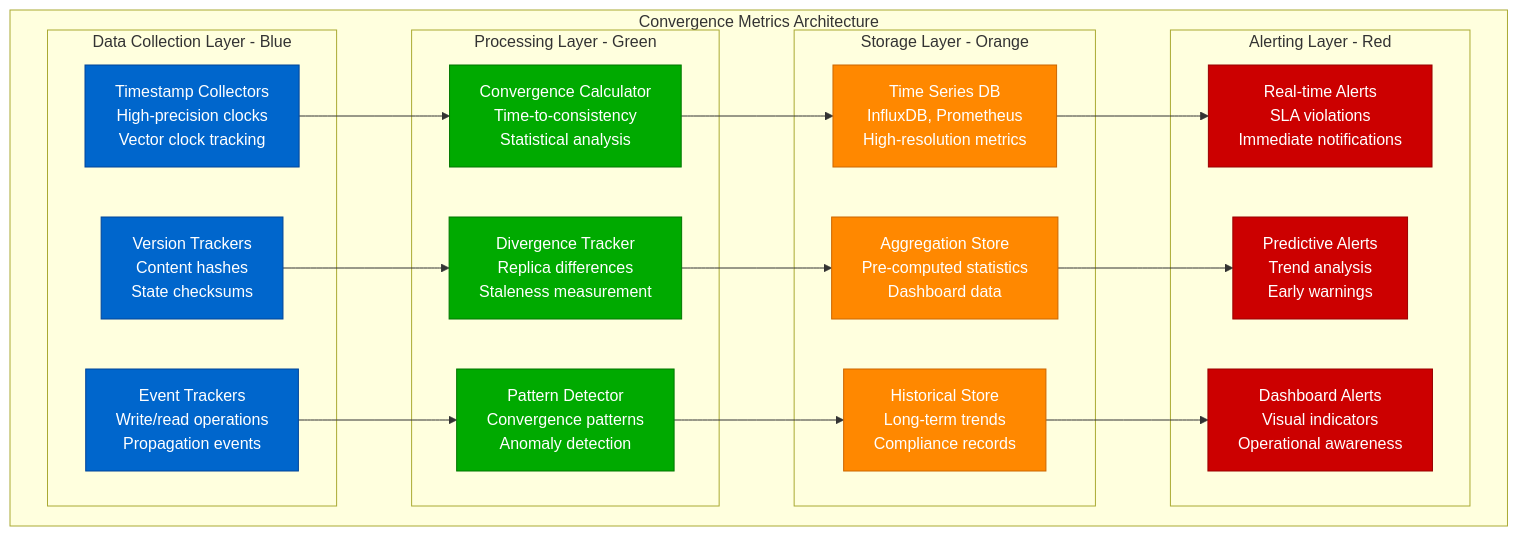
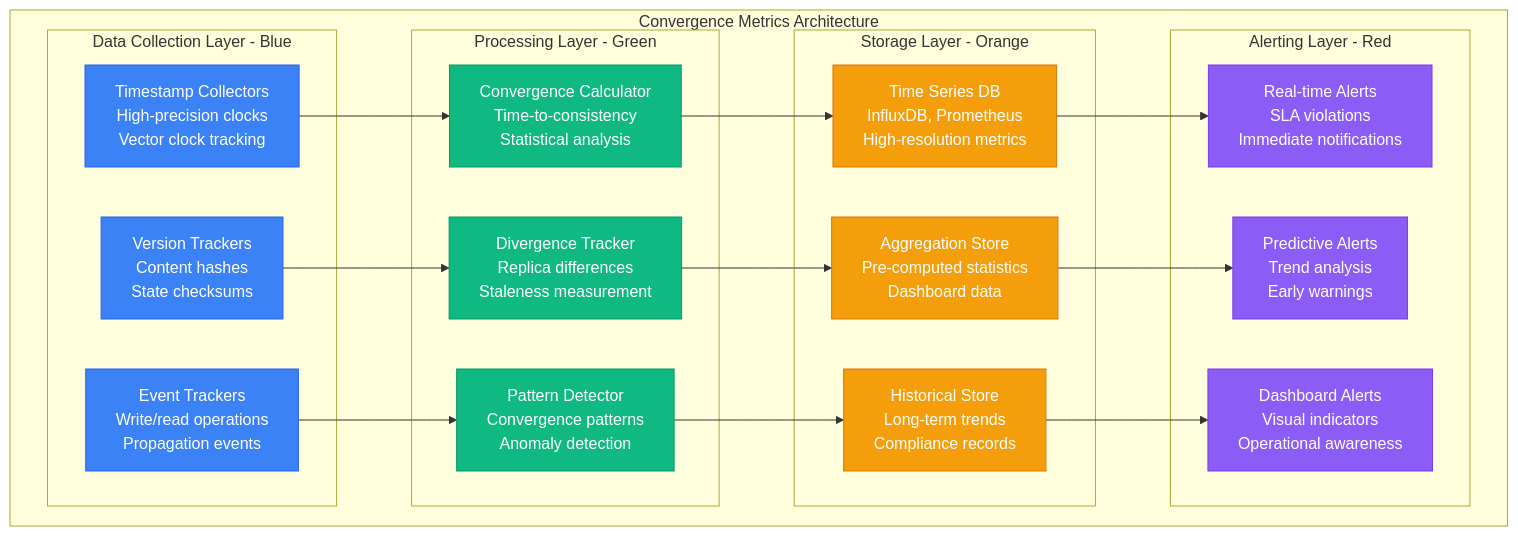
One commit to deepaucksharma/DS changed the first of 8 diagrams in site/docs/guarantees/eventual-consistency/eventual-consistency-metrics.md. Above: the diagram before and after it, drawn with Mermaid. The commit also changed other lines of this file and 303 other files, not shown here.

````diff
--- a/site/docs/guarantees/eventual-consistency/eventual-consistency-metrics.md
+++ b/site/docs/guarantees/eventual-consistency/eventual-consistency-metrics.md
@@ -9,52 +9,52 @@
 ```mermaid
 graph TB
     subgraph MetricsArchitecture[Convergence Metrics Architecture]
         subgraph DataCollection[Data Collection Layer - Blue]
             TC[Timestamp Collectors<br/>High-precision clocks<br/>Vector clock tracking]
             VT[Version Trackers<br/>Content hashes<br/>State checksums]
             ET[Event Trackers<br/>Write/read operations<br/>Propagation events]
         end
 
         subgraph Processing[Processing Layer - Green]
             CT[Convergence Calculator<br/>Time-to-consistency<br/>Statistical analysis]
             DT[Divergence Tracker<br/>Replica differences<br/>Staleness measurement]
             PT[Pattern Detector<br/>Convergence patterns<br/>Anomaly detection]
         end
 
         subgraph Storage[Storage Layer - Orange]
             TS[Time Series DB<br/>InfluxDB, Prometheus<br/>High-resolution metrics]
             AS[Aggregation Store<br/>Pre-computed statistics<br/>Dashboard data]
             HS[Historical Store<br/>Long-term trends<br/>Compliance records]
         end
 
         subgraph Alerting[Alerting Layer - Red]
             RT[Real-time Alerts<br/>SLA violations<br/>Immediate notifications]
             PA[Predictive Alerts<br/>Trend analysis<br/>Early warnings]
             DA[Dashboard Alerts<br/>Visual indicators<br/>Operational awareness]
         end
     end
 
     %% Flow connections
     TC --> CT
     VT --> DT
     ET --> PT
 
     CT --> TS
     DT --> AS
     PT --> HS
 
     TS --> RT
     AS --> PA
     HS --> DA
 
     %% Apply 4-plane colors
-    classDef collectionStyle fill:#0066CC,stroke:#004499,color:#fff
-    classDef processingStyle fill:#00AA00,stroke:#007700,color:#fff
-    classDef storageStyle fill:#FF8800,stroke:#CC6600,color:#fff
-    classDef alertStyle fill:#CC0000,stroke:#990000,color:#fff
+    classDef collectionStyle fill:#3B82F6,stroke:#2563EB,color:#fff
+    classDef processingStyle fill:#10B981,stroke:#059669,color:#fff
+    classDef storageStyle fill:#F59E0B,stroke:#D97706,color:#fff
+    classDef alertStyle fill:#8B5CF6,stroke:#7C3AED,color:#fff
 
     class TC,VT,ET collectionStyle
     class CT,DT,PT processingStyle
     class TS,AS,HS storageStyle
     class RT,PA,DA alertStyle
 ```
````
